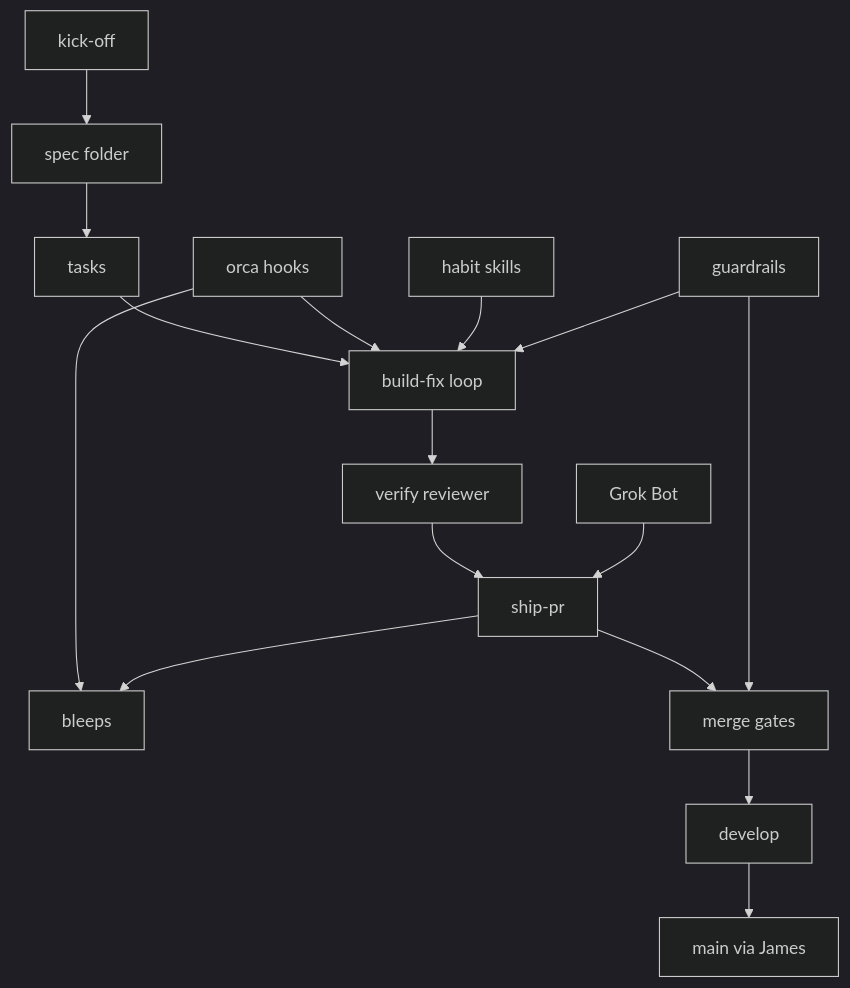
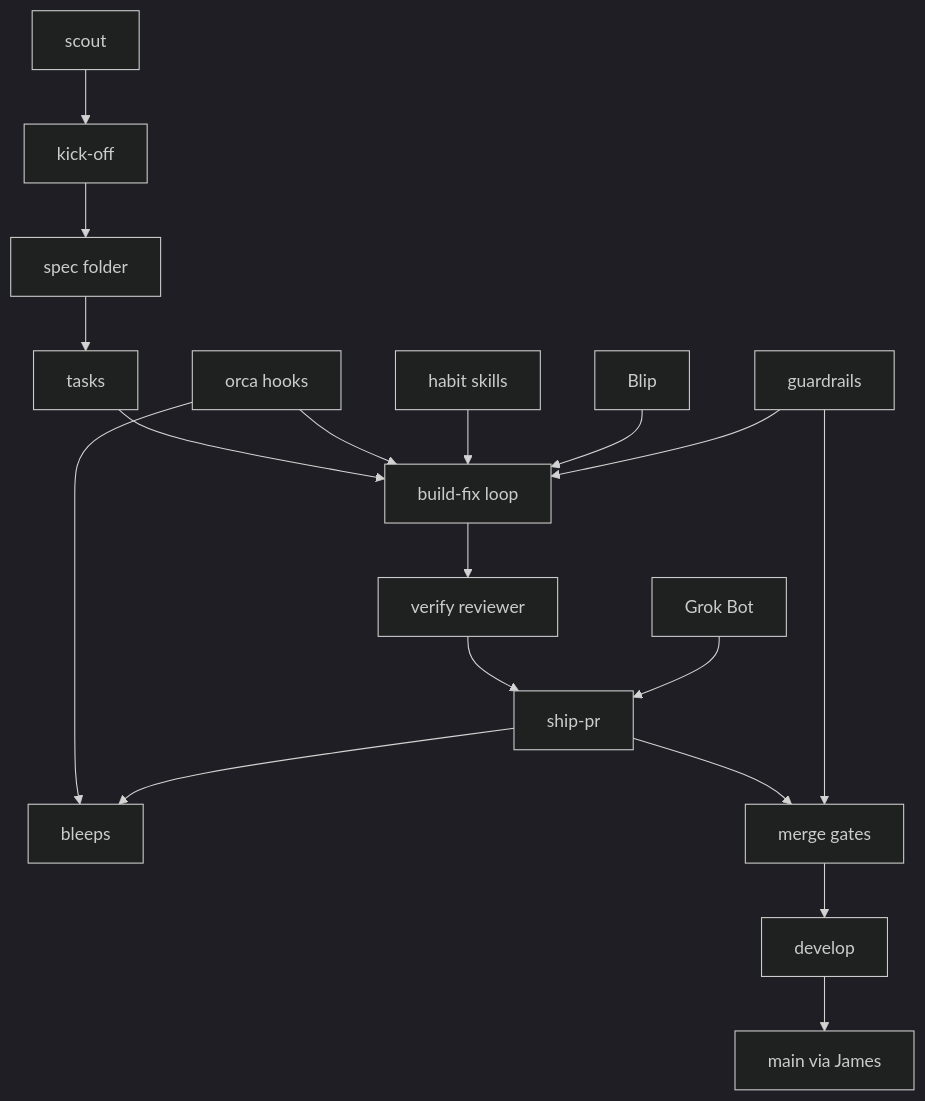
Before and after one commit to eljamez/bleeps-and-bloops: the diagram in docs/primitives.md, drawn with Mermaid (dark theme). The commit also changed other lines of this file and 39 other files, not shown here.

First line of the commit message:
Add the Orca factory config, scout, and Blip.

````diff
--- a/docs/primitives.md
+++ b/docs/primitives.md
@@ -28,18 +28,20 @@
 ```mermaid
 flowchart TD
-  kickOff[kick-off] --> specFolder[spec folder]
+  scout[scout] --> kickOff[kick-off]
+  kickOff --> specFolder[spec folder]
   specFolder --> tasks[tasks]
   tasks --> loop[build-fix loop]
   orcaHooks[orca hooks] --> loop
   habitSkills[habit skills] --> loop
+  blip[Blip] --> loop
   guardrails[guardrails] --> loop
   orcaHooks --> bleeps[bleeps]
   loop --> verifyReviewer[verify reviewer]
   verifyReviewer --> shipPr[ship-pr]
   grokBot[Grok Bot] --> shipPr
   shipPr --> mergeGates[merge gates]
   guardrails --> mergeGates
   shipPr --> bleeps
   mergeGates --> developBranch[develop]
   developBranch --> mainBranch[main via James]
 ```
````
